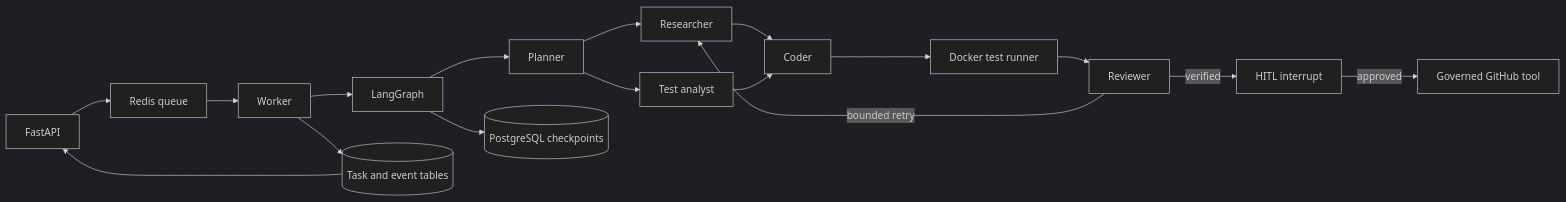
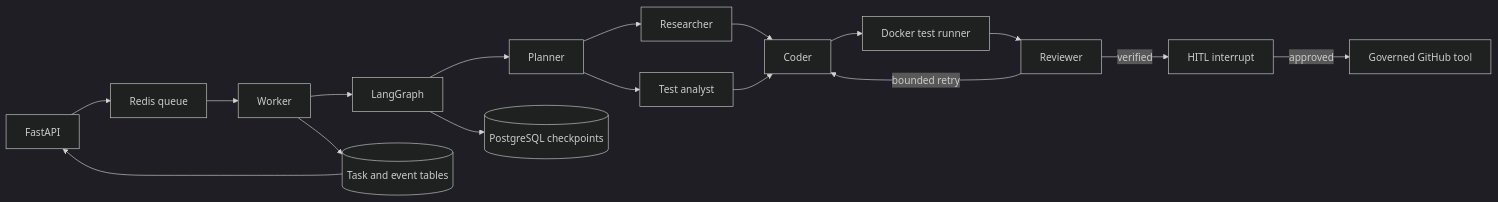
One commit to xsw932187210-cell/RepoPilot changed the diagram in docs/architecture.md. Above: the diagram before and after it, drawn with Mermaid (dark theme). The commit also changed other lines of this file and 48 other files, not shown here.

````diff
--- a/docs/architecture.md
+++ b/docs/architecture.md
@@ -5,19 +5,19 @@
 ```mermaid
 flowchart LR
   API[FastAPI] --> Q[Redis queue]
   Q --> W[Worker]
   W --> G[LangGraph]
   G --> P[Planner]
   P --> R[Researcher]
   P --> T[Test analyst]
   R --> C[Coder]
   T --> C
   C --> S[Docker test runner]
   S --> V[Reviewer]
-  V -->|bounded retry| R
+  V -->|bounded retry| C
   V -->|verified| H[HITL interrupt]
   H -->|approved| GH[Governed GitHub tool]
   G --> CP[(PostgreSQL checkpoints)]
   W --> E[(Task and event tables)]
   E --> API
 ```
````
